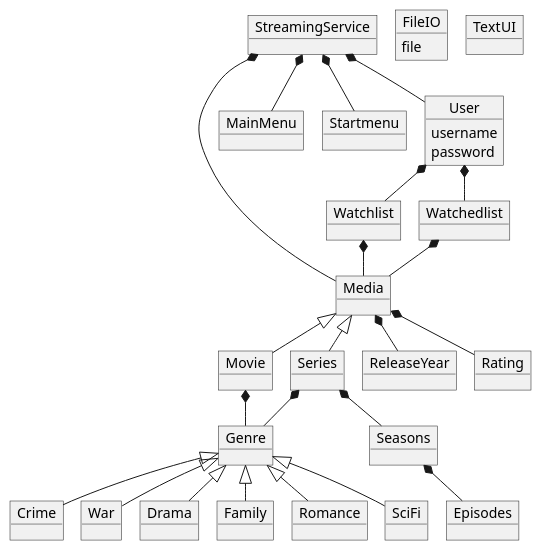
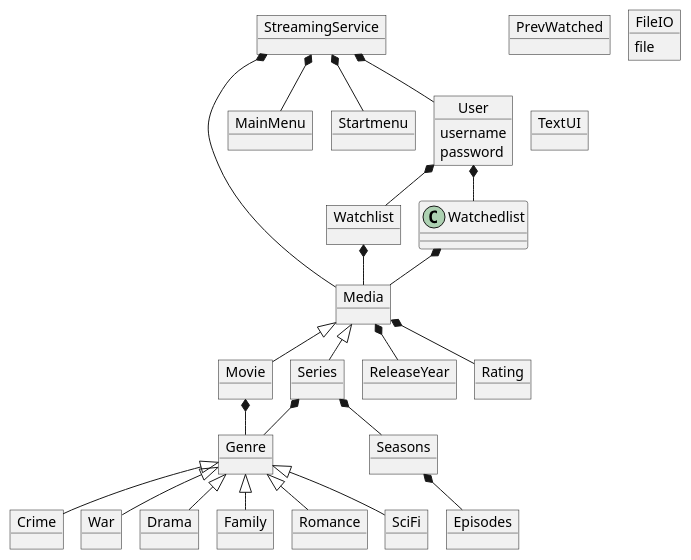
One commit to EmilDagsberg/SP3 changed the diagram in doc/domainmodel/domain v1.puml. Above: the diagram before and after it, drawn with PlantUML. The commit also changed 2 other files, not shown here.

```diff
--- a/doc/domainmodel/domain v1.puml
+++ b/doc/domainmodel/domain v1.puml
@@ -1,67 +1,67 @@
 @startuml
 !pragma layout smetana
 'https://plantuml.com/sequence-diagram
 
 object StreamingService
 
 object Media
 
 object MainMenu
 object Startmenu
 object Movie
 object Series
 object Genre
 object Crime
 object War
 object Drama
 object Family
 object Romance
 object SciFi
 object Seasons
 object Episodes
 object ReleaseYear
 object Rating
 object User
 User : username
 User : password
 object Watchlist
-object Watchedlist
+object PrevWatched
 
 
 
 
 
 object FileIO
 FileIO : file
 object TextUI
 
 
 
 
 StreamingService *-- Media
 StreamingService *-- MainMenu
 StreamingService *-- Startmenu
 StreamingService *-- User
 Media <|-- Movie
 Media <|-- Series
 Movie *-- Genre
 Series *-- Genre
 Genre <|-- Crime
 Genre <|-- War
 Genre <|-- Drama
 Genre <|-- Family
 Genre <|-- Romance
 Genre <|-- SciFi
 Series *-- Seasons
 Seasons *-- Episodes
 Media *-- Rating
 Media *-- ReleaseYear
 User *-- Watchedlist
 User *-- Watchlist
 Watchlist *-- Media
 Watchedlist *-- Media
 
 
 
 
 @enduml
```
